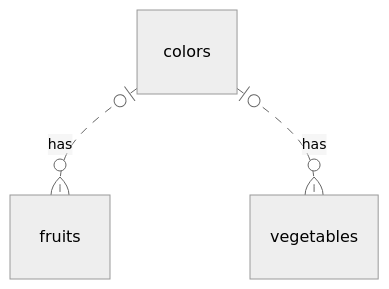
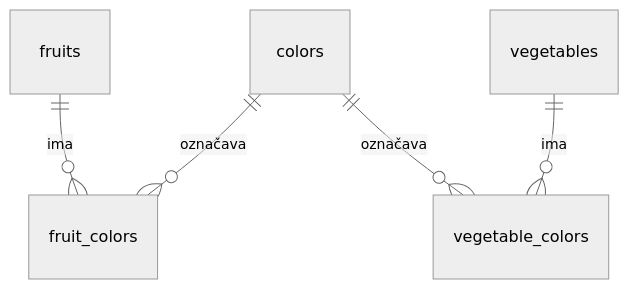
One commit to josip-pavlovic-dev/fast-api-portfolio changed the fourth of 7 diagrams in fast-api-course-my-work/sqlite_for_beginners/00_intro/04_database_concepts.md. Above: the diagram before and after it, drawn with Mermaid (neutral theme). The commit also changed other lines of this file and 5 other files, not shown here.

First line of the commit message:
Update ERD and documentation for SQLite beginner course

````diff
--- a/fast-api-course-my-work/sqlite_for_beginners/00_intro/04_database_concepts.md
+++ b/fast-api-course-my-work/sqlite_for_beginners/00_intro/04_database_concepts.md
@@ -314,5 +499,7 @@
 ```mermaid
 erDiagram
-    colors |o..o{ fruits : has
-    colors |o..o{ vegetables : has
+    fruits ||--o{ fruit_colors : ima
+    colors ||--o{ fruit_colors : "označava"
+    vegetables ||--o{ vegetable_colors : ima
+    colors ||--o{ vegetable_colors : "označava"
 ```
````
